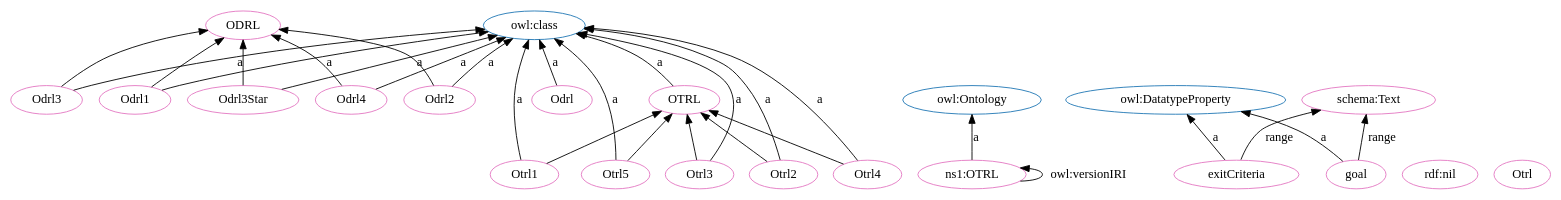
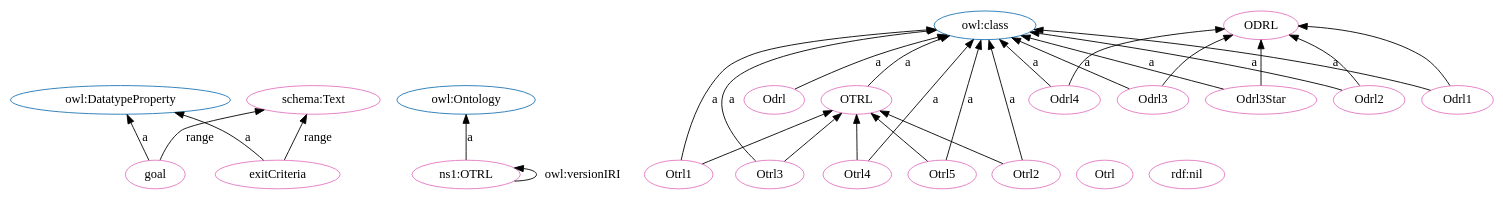
The diagram in OTRL.dot (OPEN-NEXT/OKH-LOSH), drawn with Graphviz before and after one commit. The commit also changed other lines of this file and 15 other files, not shown here.

```diff
--- a/OTRL.dot
+++ b/OTRL.dot
@@ -1,56 +1,56 @@
 digraph G {
   rankdir=BT
   node[height=.3]
+"http://www.w3.org/2002/07/owl#DatatypeProperty" [fillcolor="#1f77b4" color="#1f77b4" label="owl:DatatypeProperty"]
+"http://www.w3.org/2002/07/owl#Ontology" [fillcolor="#1f77b4" color="#1f77b4" label="owl:Ontology"]
+"http://purl.org/oseg/ontologies/OTRL#OTRL" [fillcolor="#1f77b4" color="#1f77b4" label="OTRL"]
 "http://purl.org/oseg/ontologies/OTRL#ODRL" [fillcolor="#1f77b4" color="#1f77b4" label="ODRL"]
 "http://www.w3.org/2002/07/owl#class" [fillcolor="#1f77b4" color="#1f77b4" label="owl:class"]
-"http://www.w3.org/2002/07/owl#Ontology" [fillcolor="#1f77b4" color="#1f77b4" label="owl:Ontology"]
-"http://purl.org/oseg/ontologies/OTRL#OTRL" [fillcolor="#1f77b4" color="#1f77b4" label="OTRL"]
-"http://www.w3.org/2002/07/owl#DatatypeProperty" [fillcolor="#1f77b4" color="#1f77b4" label="owl:DatatypeProperty"]
-"http://purl.org/oseg/ontologies/OTRL#Odrl" [fillcolor="#e377c2" color="#e377c2" label="Odrl"]
-"http://purl.org/oseg/ontologies/OTRL#exitCriteria" [fillcolor="#e377c2" color="#e377c2" label="exitCriteria"]
-"http://www.w3.org/1999/02/22-rdf-syntax-ns#nil" [fillcolor="#e377c2" color="#e377c2" label="rdf:nil"]
+"http://purl.org/oseg/ontologies/OTRL#Otrl4" [fillcolor="#e377c2" color="#e377c2" label="Otrl4"]
+"http://purl.org/oseg/ontologies/OTRL#Otrl1" [fillcolor="#e377c2" color="#e377c2" label="Otrl1"]
 "http://purl.org/oseg/ontologies/OTRL#OTRL" [fillcolor="#e377c2" color="#e377c2" label="OTRL"]
-"http://purl.org/oseg/ontologies/OTRL" [fillcolor="#e377c2" color="#e377c2" label="ns1:OTRL"]
-"http://purl.org/oseg/ontologies/OTRL#Otrl1" [fillcolor="#e377c2" color="#e377c2" label="Otrl1"]
-"http://purl.org/oseg/ontologies/OTRL#Otrl5" [fillcolor="#e377c2" color="#e377c2" label="Otrl5"]
-"http://purl.org/oseg/ontologies/OTRL#Otrl3" [fillcolor="#e377c2" color="#e377c2" label="Otrl3"]
-"http://purl.org/oseg/ontologies/OTRL#Odrl3" [fillcolor="#e377c2" color="#e377c2" label="Odrl3"]
+"http://purl.org/oseg/ontologies/OTRL#goal" [fillcolor="#e377c2" color="#e377c2" label="goal"]
 "http://purl.org/oseg/ontologies/OTRL#Otrl" [fillcolor="#e377c2" color="#e377c2" label="Otrl"]
 "http://purl.org/oseg/ontologies/OTRL#ODRL" [fillcolor="#e377c2" color="#e377c2" label="ODRL"]
+"http://purl.org/oseg/ontologies/OTRL#Odrl2" [fillcolor="#e377c2" color="#e377c2" label="Odrl2"]
+"http://purl.org/oseg/ontologies/OTRL#Odrl3" [fillcolor="#e377c2" color="#e377c2" label="Odrl3"]
+"http://www.w3.org/1999/02/22-rdf-syntax-ns#nil" [fillcolor="#e377c2" color="#e377c2" label="rdf:nil"]
+"http://purl.org/oseg/ontologies/OTRL" [fillcolor="#e377c2" color="#e377c2" label="ns1:OTRL"]
+"http://purl.org/oseg/ontologies/OTRL#exitCriteria" [fillcolor="#e377c2" color="#e377c2" label="exitCriteria"]
+"http://purl.org/oseg/ontologies/OTRL#Otrl3" [fillcolor="#e377c2" color="#e377c2" label="Otrl3"]
+"http://purl.org/oseg/ontologies/OTRL#Odrl" [fillcolor="#e377c2" color="#e377c2" label="Odrl"]
+"http://purl.org/oseg/ontologies/OTRL#Odrl4" [fillcolor="#e377c2" color="#e377c2" label="Odrl4"]
+"http://purl.org/oseg/ontologies/OTRL#Odrl3Star" [fillcolor="#e377c2" color="#e377c2" label="Odrl3Star"]
+"http://schema.org/Text" [fillcolor="#e377c2" color="#e377c2" label="schema:Text"]
+"http://purl.org/oseg/ontologies/OTRL#Otrl2" [fillcolor="#e377c2" color="#e377c2" label="Otrl2"]
+"http://purl.org/oseg/ontologies/OTRL#Otrl5" [fillcolor="#e377c2" color="#e377c2" label="Otrl5"]
 "http://purl.org/oseg/ontologies/OTRL#Odrl1" [fillcolor="#e377c2" color="#e377c2" label="Odrl1"]
-"http://purl.org/oseg/ontologies/OTRL#Odrl3Star" [fillcolor="#e377c2" color="#e377c2" label="Odrl3Star"]
-"http://purl.org/oseg/ontologies/OTRL#goal" [fillcolor="#e377c2" color="#e377c2" label="goal"]
-"http://purl.org/oseg/ontologies/OTRL#Otrl2" [fillcolor="#e377c2" color="#e377c2" label="Otrl2"]
-"http://purl.org/oseg/ontologies/OTRL#Odrl4" [fillcolor="#e377c2" color="#e377c2" label="Odrl4"]
-"http://purl.org/oseg/ontologies/OTRL#Odrl2" [fillcolor="#e377c2" color="#e377c2" label="Odrl2"]
-"http://purl.org/oseg/ontologies/OTRL#Otrl4" [fillcolor="#e377c2" color="#e377c2" label="Otrl4"]
-"http://schema.org/Text" [fillcolor="#e377c2" color="#e377c2" label="schema:Text"]
-  "http://purl.org/oseg/ontologies/OTRL#exitCriteria" -> "http://www.w3.org/2002/07/owl#DatatypeProperty" [label="a"]
-  "http://purl.org/oseg/ontologies/OTRL#Otrl2" -> "http://purl.org/oseg/ontologies/OTRL#OTRL" [label=""]
+  "http://purl.org/oseg/ontologies/OTRL#Otrl4" -> "http://purl.org/oseg/ontologies/OTRL#OTRL" [label=""]
+  "http://purl.org/oseg/ontologies/OTRL#goal" -> "http://www.w3.org/2002/07/owl#DatatypeProperty" [label="a"]
+  "http://purl.org/oseg/ontologies/OTRL#Odrl3" -> "http://www.w3.org/2002/07/owl#class" [label="a"]
+  "http://purl.org/oseg/ontologies/OTRL" -> "http://www.w3.org/2002/07/owl#Ontology" [label="a"]
+  "http://purl.org/oseg/ontologies/OTRL#Otrl3" -> "http://www.w3.org/2002/07/owl#class" [label="a"]
+  "http://purl.org/oseg/ontologies/OTRL#Otrl3" -> "http://purl.org/oseg/ontologies/OTRL#OTRL" [label=""]
+  "http://purl.org/oseg/ontologies/OTRL#Odrl3" -> "http://purl.org/oseg/ontologies/OTRL#ODRL" [label=""]
+  "http://purl.org/oseg/ontologies/OTRL#Odrl3Star" -> "http://www.w3.org/2002/07/owl#class" [label="a"]
+  "http://purl.org/oseg/ontologies/OTRL#Odrl3Star" -> "http://purl.org/oseg/ontologies/OTRL#ODRL" [label=""]
+  "http://purl.org/oseg/ontologies/OTRL#Otrl5" -> "http://purl.org/oseg/ontologies/OTRL#OTRL" [label=""]
   "http://purl.org/oseg/ontologies/OTRL" -> "http://purl.org/oseg/ontologies/OTRL" [label="owl:versionIRI"]
-  "http://purl.org/oseg/ontologies/OTRL#Odrl3" -> "http://www.w3.org/2002/07/owl#class" [label="a"]
-  "http://purl.org/oseg/ontologies/OTRL#Odrl1" -> "http://purl.org/oseg/ontologies/OTRL#ODRL" [label=""]
+  "http://purl.org/oseg/ontologies/OTRL#Otrl2" -> "http://www.w3.org/2002/07/owl#class" [label="a"]
+  "http://purl.org/oseg/ontologies/OTRL#Otrl4" -> "http://www.w3.org/2002/07/owl#class" [label="a"]
+  "http://purl.org/oseg/ontologies/OTRL#Otrl1" -> "http://www.w3.org/2002/07/owl#class" [label="a"]
   "http://purl.org/oseg/ontologies/OTRL#OTRL" -> "http://www.w3.org/2002/07/owl#class" [label="a"]
   "http://purl.org/oseg/ontologies/OTRL#Odrl4" -> "http://purl.org/oseg/ontologies/OTRL#ODRL" [label=""]
-  "http://purl.org/oseg/ontologies/OTRL#Otrl2" -> "http://www.w3.org/2002/07/owl#class" [label="a"]
+  "http://purl.org/oseg/ontologies/OTRL#Odrl2" -> "http://www.w3.org/2002/07/owl#class" [label="a"]
+  "http://purl.org/oseg/ontologies/OTRL#Otrl2" -> "http://purl.org/oseg/ontologies/OTRL#OTRL" [label=""]
+  "http://purl.org/oseg/ontologies/OTRL#exitCriteria" -> "http://www.w3.org/2002/07/owl#DatatypeProperty" [label="a"]
   "http://purl.org/oseg/ontologies/OTRL#Odrl2" -> "http://purl.org/oseg/ontologies/OTRL#ODRL" [label=""]
-  "http://purl.org/oseg/ontologies/OTRL#Odrl2" -> "http://www.w3.org/2002/07/owl#class" [label="a"]
+  "http://purl.org/oseg/ontologies/OTRL#Odrl4" -> "http://www.w3.org/2002/07/owl#class" [label="a"]
   "http://purl.org/oseg/ontologies/OTRL#Odrl" -> "http://www.w3.org/2002/07/owl#class" [label="a"]
-  "http://purl.org/oseg/ontologies/OTRL" -> "http://www.w3.org/2002/07/owl#Ontology" [label="a"]
-  "http://purl.org/oseg/ontologies/OTRL#Otrl5" -> "http://www.w3.org/2002/07/owl#class" [label="a"]
-  "http://purl.org/oseg/ontologies/OTRL#Otrl1" -> "http://www.w3.org/2002/07/owl#class" [label="a"]
-  "http://purl.org/oseg/ontologies/OTRL#Otrl3" -> "http://www.w3.org/2002/07/owl#class" [label="a"]
-  "http://purl.org/oseg/ontologies/OTRL#Otrl5" -> "http://purl.org/oseg/ontologies/OTRL#OTRL" [label=""]
-  "http://purl.org/oseg/ontologies/OTRL#Otrl3" -> "http://purl.org/oseg/ontologies/OTRL#OTRL" [label=""]
-  "http://purl.org/oseg/ontologies/OTRL#Odrl3Star" -> "http://purl.org/oseg/ontologies/OTRL#ODRL" [label=""]
-  "http://purl.org/oseg/ontologies/OTRL#Otrl4" -> "http://purl.org/oseg/ontologies/OTRL#OTRL" [label=""]
-  "http://purl.org/oseg/ontologies/OTRL#Odrl1" -> "http://www.w3.org/2002/07/owl#class" [label="a"]
-  "http://purl.org/oseg/ontologies/OTRL#Odrl3Star" -> "http://www.w3.org/2002/07/owl#class" [label="a"]
-  "http://purl.org/oseg/ontologies/OTRL#goal" -> "http://www.w3.org/2002/07/owl#DatatypeProperty" [label="a"]
-  "http://purl.org/oseg/ontologies/OTRL#Odrl3" -> "http://purl.org/oseg/ontologies/OTRL#ODRL" [label=""]
-  "http://purl.org/oseg/ontologies/OTRL#Otrl1" -> "http://purl.org/oseg/ontologies/OTRL#OTRL" [label=""]
-  "http://purl.org/oseg/ontologies/OTRL#Odrl4" -> "http://www.w3.org/2002/07/owl#class" [label="a"]
-  "http://purl.org/oseg/ontologies/OTRL#Otrl4" -> "http://www.w3.org/2002/07/owl#class" [label="a"]
+  "http://purl.org/oseg/ontologies/OTRL#Odrl1" -> "http://purl.org/oseg/ontologies/OTRL#ODRL" [label=""]
   "http://purl.org/oseg/ontologies/OTRL#goal" -> "http://schema.org/Text" [label="range"]
   "http://purl.org/oseg/ontologies/OTRL#exitCriteria" -> "http://schema.org/Text" [label="range"]
+  "http://purl.org/oseg/ontologies/OTRL#Otrl1" -> "http://purl.org/oseg/ontologies/OTRL#OTRL" [label=""]
+  "http://purl.org/oseg/ontologies/OTRL#Otrl5" -> "http://www.w3.org/2002/07/owl#class" [label="a"]
+  "http://purl.org/oseg/ontologies/OTRL#Odrl1" -> "http://www.w3.org/2002/07/owl#class" [label="a"]
 }
```
